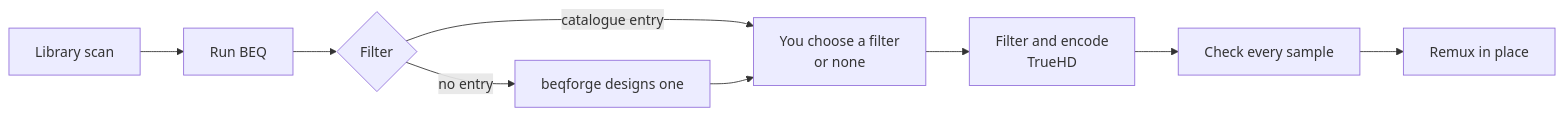
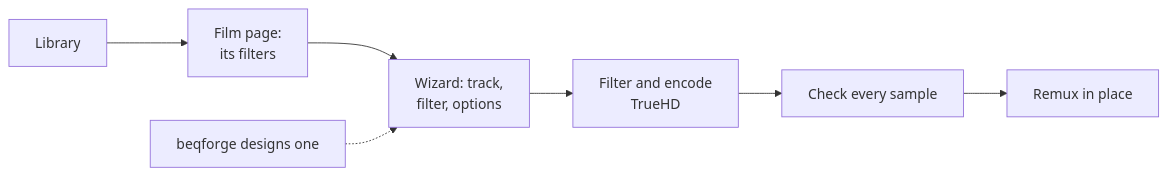
One commit to RyanMelena/beq-encoder changed the diagram in README.md. Above: the diagram before and after it, drawn with Mermaid. The commit also changed other lines of this file and 70 other files, not shown here.

First line of the commit message:
Rebuild the web UI around the film page and a wizard

````diff
--- a/README.md
+++ b/README.md
@@ -14,10 +14,9 @@
 ```mermaid
 flowchart LR
-    A[Library scan] --> B[Run BEQ]
-    B --> C{Filter}
-    C -->|catalogue entry| D[You choose a filter<br>or none]
-    C -->|no entry| E[beqforge designs one] --> D
-    D --> F[Filter and encode<br>TrueHD]
+    A[Library] --> B[Film page:<br>its filters]
+    B --> C[Wizard: track,<br>filter, options]
+    E[beqforge designs one] -.-> C
+    C --> F[Filter and encode<br>TrueHD]
     F --> G[Check every sample]
     G --> H[Remux in place]
 ```
````
